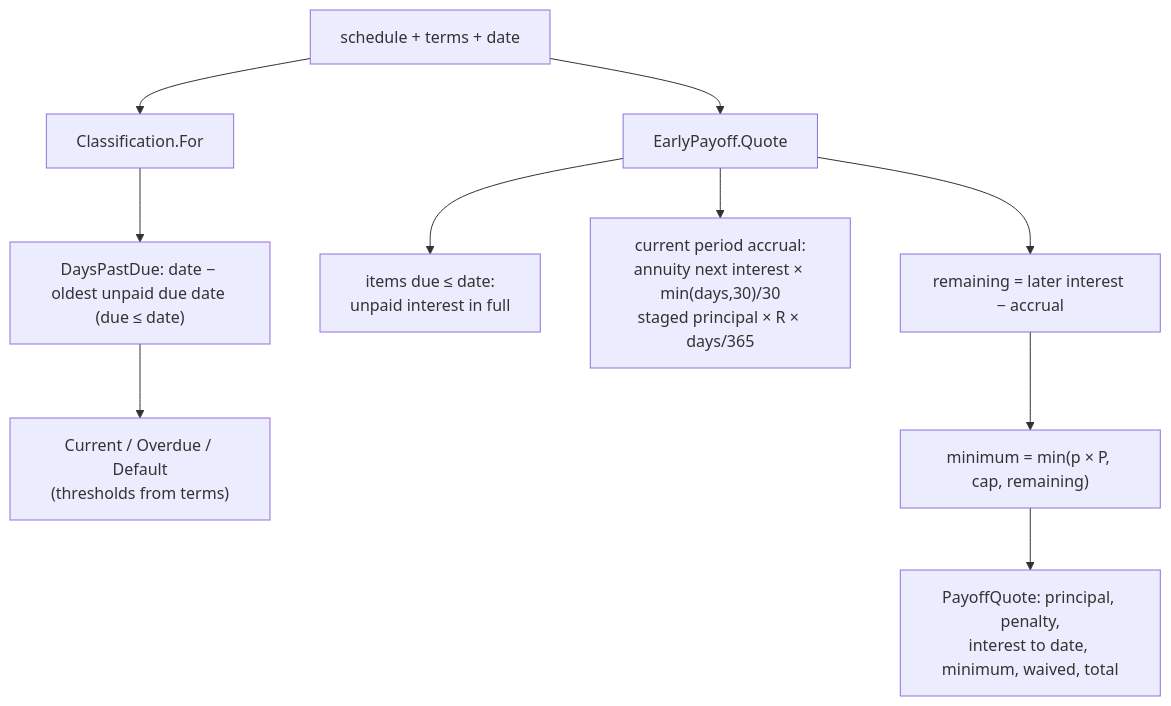
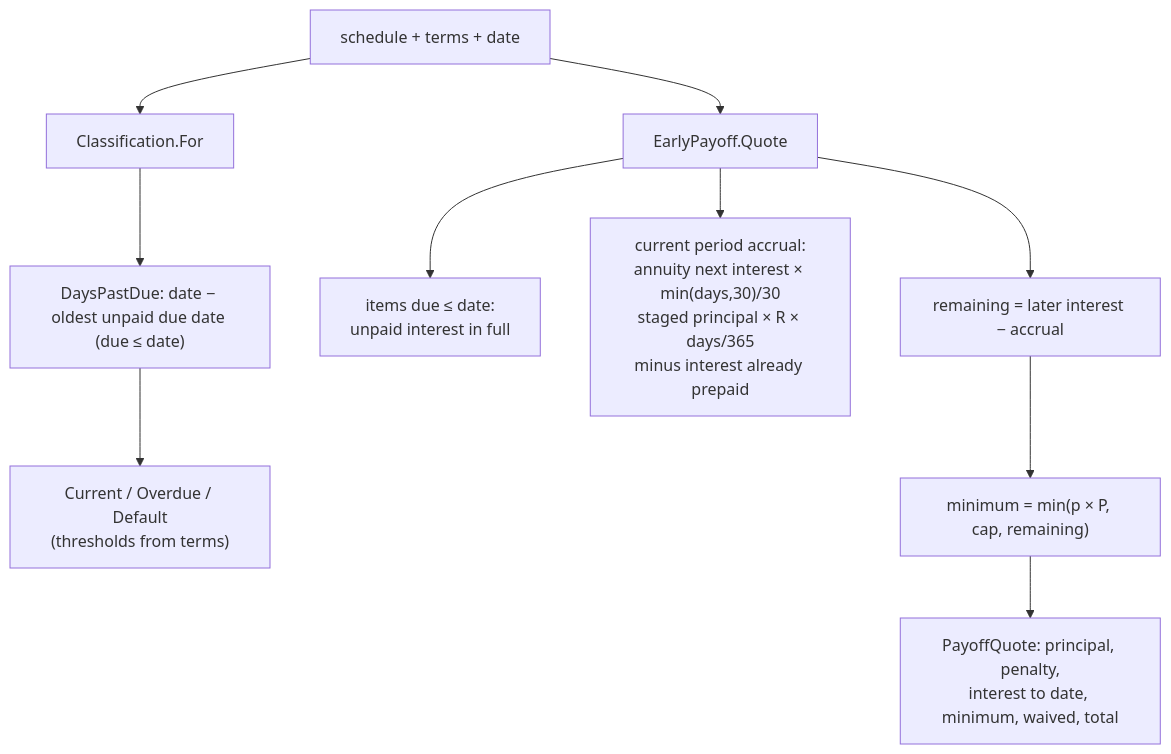
One commit to majid-sharif-soleimani/banking_demo changed the diagram in docs/learning/stage-3/slice-3.4.md. Above: the diagram before and after it, drawn with Mermaid. The commit also changed other lines of this file and 18 other files, not shown here.

````diff
--- a/docs/learning/stage-3/slice-3.4.md
+++ b/docs/learning/stage-3/slice-3.4.md
@@ -26,12 +26,12 @@
 ```mermaid
 flowchart TB
     S["schedule + terms + date"] --> C["Classification.For"]
     C --> D["DaysPastDue: date − oldest unpaid due date (due ≤ date)"]
     D --> L["Current / Overdue / Default<br/>(thresholds from terms)"]
     S --> Q["EarlyPayoff.Quote"]
     Q --> Due["items due ≤ date:<br/>unpaid interest in full"]
-    Q --> Acc["current period accrual:<br/>annuity next interest × min(days,30)/30<br/>staged principal × R × days/365"]
+    Q --> Acc["current period accrual:<br/>annuity next interest × min(days,30)/30<br/>staged principal × R × days/365<br/>minus interest already prepaid"]
     Q --> Rem["remaining = later interest − accrual"]
     Rem --> Min["minimum = min(p × P, cap, remaining)"]
     Min --> T["PayoffQuote: principal, penalty,<br/>interest to date, minimum, waived, total"]
 ```
````
